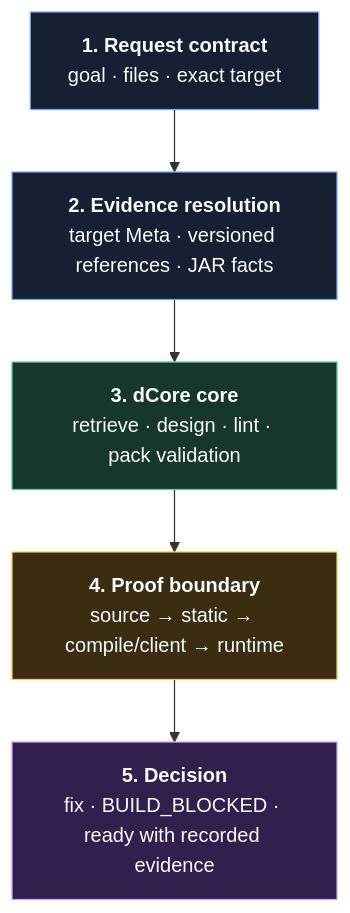
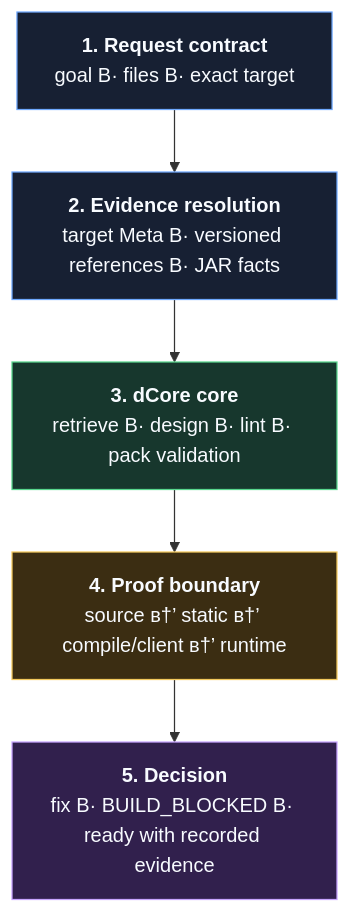
Before and after one commit to 28mielav/dCore: the first of 2 diagrams in docs/ARCHITECTURE.md, drawn with Mermaid. The commit also changed other lines of this file and 101 other files, not shown here.

````diff
--- a/docs/ARCHITECTURE.md
+++ b/docs/ARCHITECTURE.md
@@ -7,14 +7,14 @@
 ```mermaid
 flowchart TB
   classDef input fill:#172033,stroke:#6ea8fe,color:#f8fbff,stroke-width:1px;
   classDef core fill:#17372d,stroke:#58d68d,color:#f8fbff,stroke-width:1px;
   classDef proof fill:#3b2d12,stroke:#f4c95d,color:#f8fbff,stroke-width:1px;
   classDef outcome fill:#31204d,stroke:#c7a4ff,color:#f8fbff,stroke-width:1px;
 
-  A["<b>1. Request contract</b><br/>goal · files · exact target"]:::input
-  B["<b>2. Evidence resolution</b><br/>target Meta · versioned references · JAR facts"]:::input
-  C["<b>3. dCore core</b><br/>retrieve · design · lint · pack validation"]:::core
-  D["<b>4. Proof boundary</b><br/>source → static → compile/client → runtime"]:::proof
-  E["<b>5. Decision</b><br/>fix · BUILD_BLOCKED · ready with recorded evidence"]:::outcome
+  A["<b>1. Request contract</b><br/>goal В· files В· exact target"]:::input
+  B["<b>2. Evidence resolution</b><br/>target Meta В· versioned references В· JAR facts"]:::input
+  C["<b>3. dCore core</b><br/>retrieve В· design В· lint В· pack validation"]:::core
+  D["<b>4. Proof boundary</b><br/>source в†’ static в†’ compile/client в†’ runtime"]:::proof
+  E["<b>5. Decision</b><br/>fix В· BUILD_BLOCKED В· ready with recorded evidence"]:::outcome
   A --> B --> C --> D --> E
 ```
````
